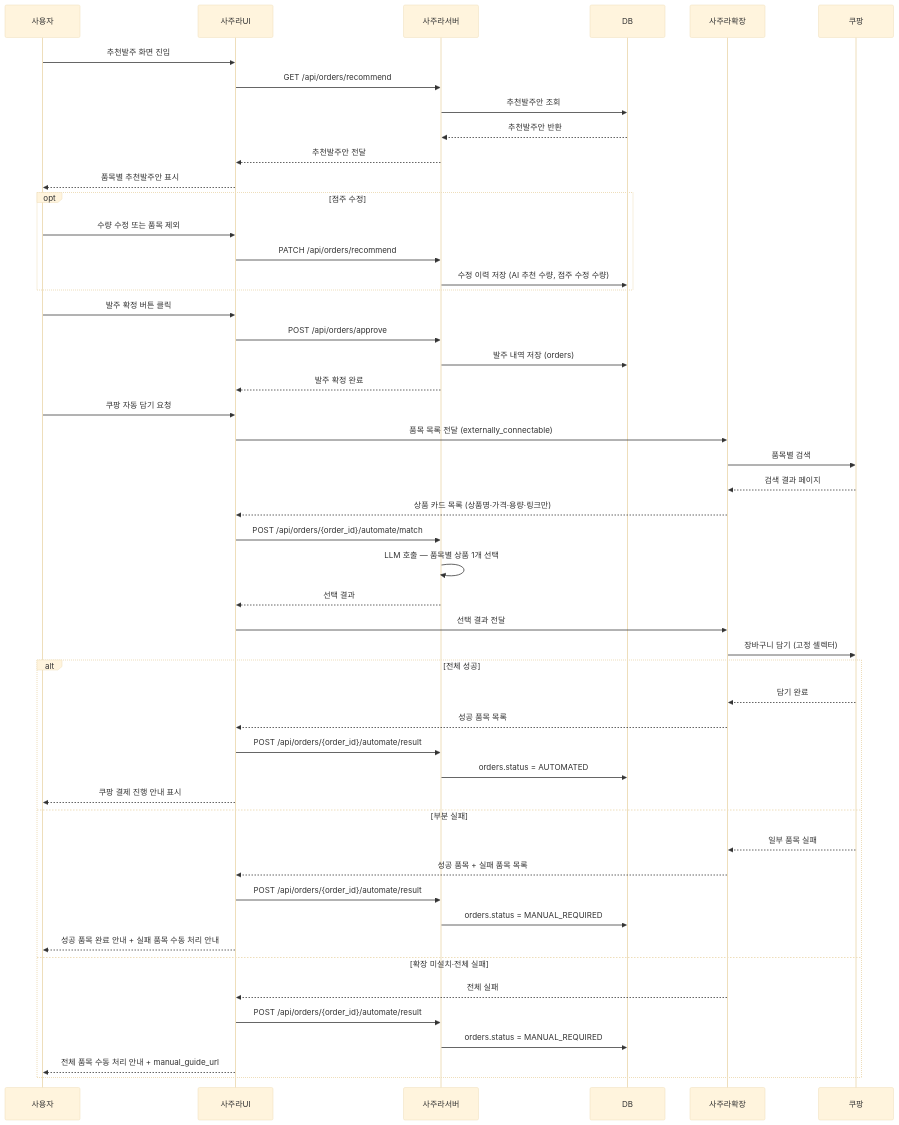
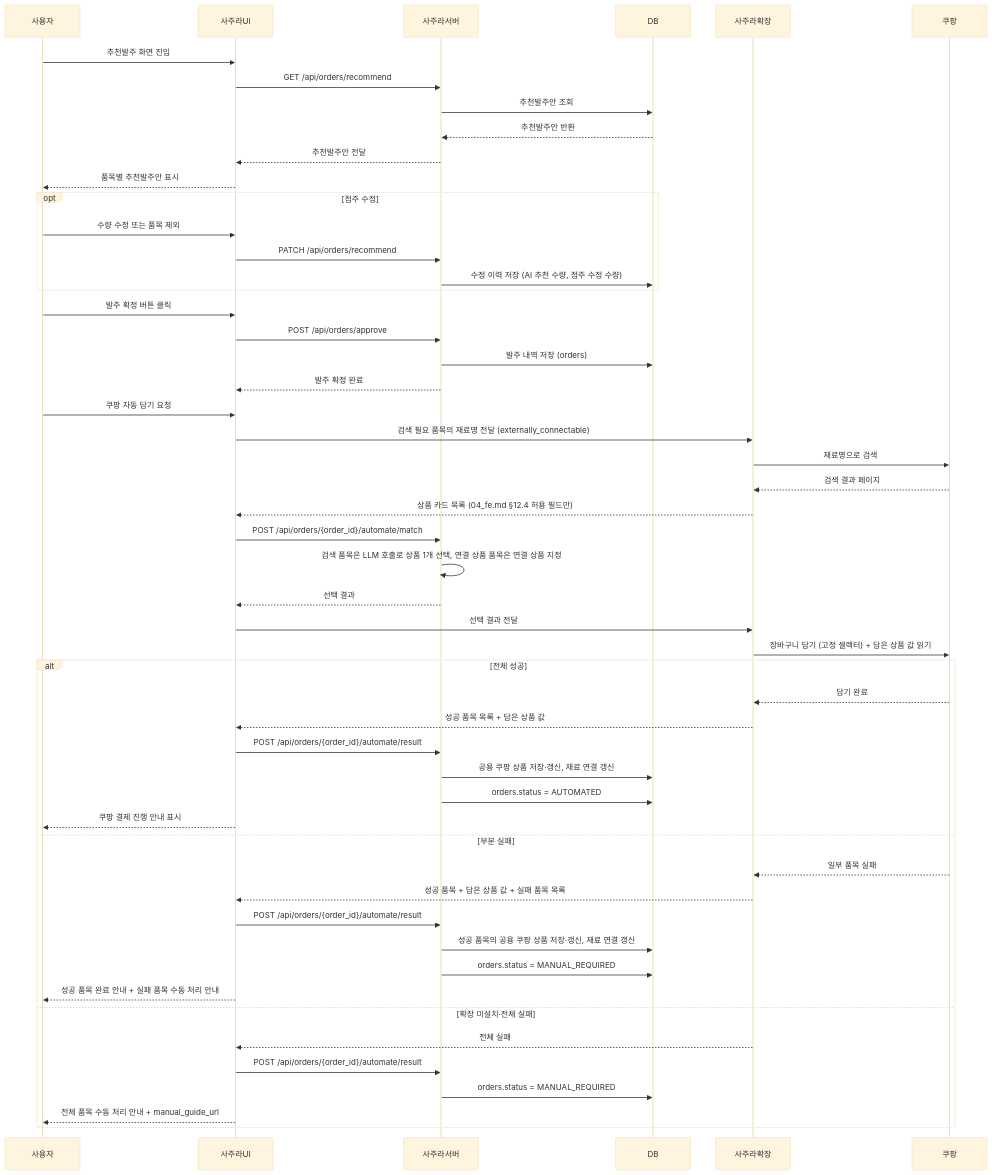
Before and after one commit to h-taek/CapstoneDesign-Sajura: the third of 8 diagrams in docs/spec/02_implementation_design.md, drawn with Mermaid (base theme). The commit also changed other lines of this file and 37 other files, not shown here.

````diff
--- a/docs/spec/02_implementation_design.md
+++ b/docs/spec/02_implementation_design.md
@@ -291,57 +292,59 @@
 ```mermaid
 sequenceDiagram
     participant 사용자
     participant 사주라UI
     participant 사주라서버
     participant DB
     participant 확장 as 사주라확장
     participant 쿠팡
 
     사용자->>사주라UI: 추천발주 화면 진입
     사주라UI->>사주라서버: GET /api/orders/recommend
     사주라서버->>DB: 추천발주안 조회
     DB-->>사주라서버: 추천발주안 반환
     사주라서버-->>사주라UI: 추천발주안 전달
     사주라UI-->>사용자: 품목별 추천발주안 표시
 
     opt 점주 수정
         사용자->>사주라UI: 수량 수정 또는 품목 제외
         사주라UI->>사주라서버: PATCH /api/orders/recommend
         사주라서버->>DB: 수정 이력 저장 (AI 추천 수량, 점주 수정 수량)
     end
 
     사용자->>사주라UI: 발주 확정 버튼 클릭
     사주라UI->>사주라서버: POST /api/orders/approve
     사주라서버->>DB: 발주 내역 저장 (orders)
     사주라서버-->>사주라UI: 발주 확정 완료
 
     사용자->>사주라UI: 쿠팡 자동 담기 요청
-    사주라UI->>확장: 품목 목록 전달 (externally_connectable)
-    확장->>쿠팡: 품목별 검색
+    사주라UI->>확장: 검색 필요 품목의 재료명 전달 (externally_connectable)
+    확장->>쿠팡: 재료명으로 검색
     쿠팡-->>확장: 검색 결과 페이지
-    확장-->>사주라UI: 상품 카드 목록 (상품명·가격·용량·링크만)
+    확장-->>사주라UI: 상품 카드 목록 (04_fe.md §12.4 허용 필드만)
     사주라UI->>사주라서버: POST /api/orders/{order_id}/automate/match
-    사주라서버->>사주라서버: LLM 호출 — 품목별 상품 1개 선택
+    사주라서버->>사주라서버: 검색 품목은 LLM 호출로 상품 1개 선택, 연결 상품 품목은 연결 상품 지정
     사주라서버-->>사주라UI: 선택 결과
     사주라UI->>확장: 선택 결과 전달
-    확장->>쿠팡: 장바구니 담기 (고정 셀렉터)
+    확장->>쿠팡: 장바구니 담기 (고정 셀렉터) + 담은 상품 값 읽기
 
     alt 전체 성공
         쿠팡-->>확장: 담기 완료
-        확장-->>사주라UI: 성공 품목 목록
+        확장-->>사주라UI: 성공 품목 목록 + 담은 상품 값
         사주라UI->>사주라서버: POST /api/orders/{order_id}/automate/result
+        사주라서버->>DB: 공용 쿠팡 상품 저장·갱신, 재료 연결 갱신
         사주라서버->>DB: orders.status = AUTOMATED
         사주라UI-->>사용자: 쿠팡 결제 진행 안내 표시
     else 부분 실패
         쿠팡-->>확장: 일부 품목 실패
-        확장-->>사주라UI: 성공 품목 + 실패 품목 목록
+        확장-->>사주라UI: 성공 품목 + 담은 상품 값 + 실패 품목 목록
         사주라UI->>사주라서버: POST /api/orders/{order_id}/automate/result
+        사주라서버->>DB: 성공 품목의 공용 쿠팡 상품 저장·갱신, 재료 연결 갱신
         사주라서버->>DB: orders.status = MANUAL_REQUIRED
         사주라UI-->>사용자: 성공 품목 완료 안내 + 실패 품목 수동 처리 안내
     else 확장 미설치·전체 실패
         확장-->>사주라UI: 전체 실패
         사주라UI->>사주라서버: POST /api/orders/{order_id}/automate/result
         사주라서버->>DB: orders.status = MANUAL_REQUIRED
         사주라UI-->>사용자: 전체 품목 수동 처리 안내 + manual_guide_url
     end
 ```
````
